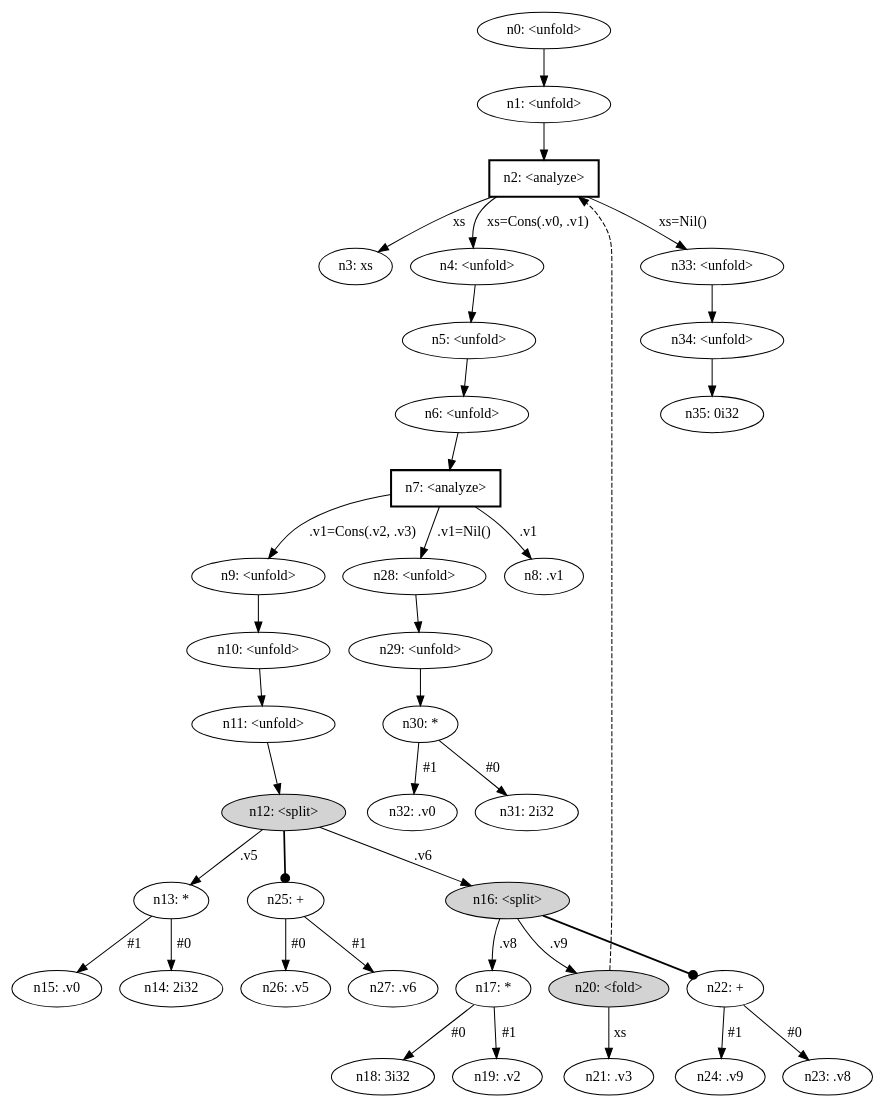
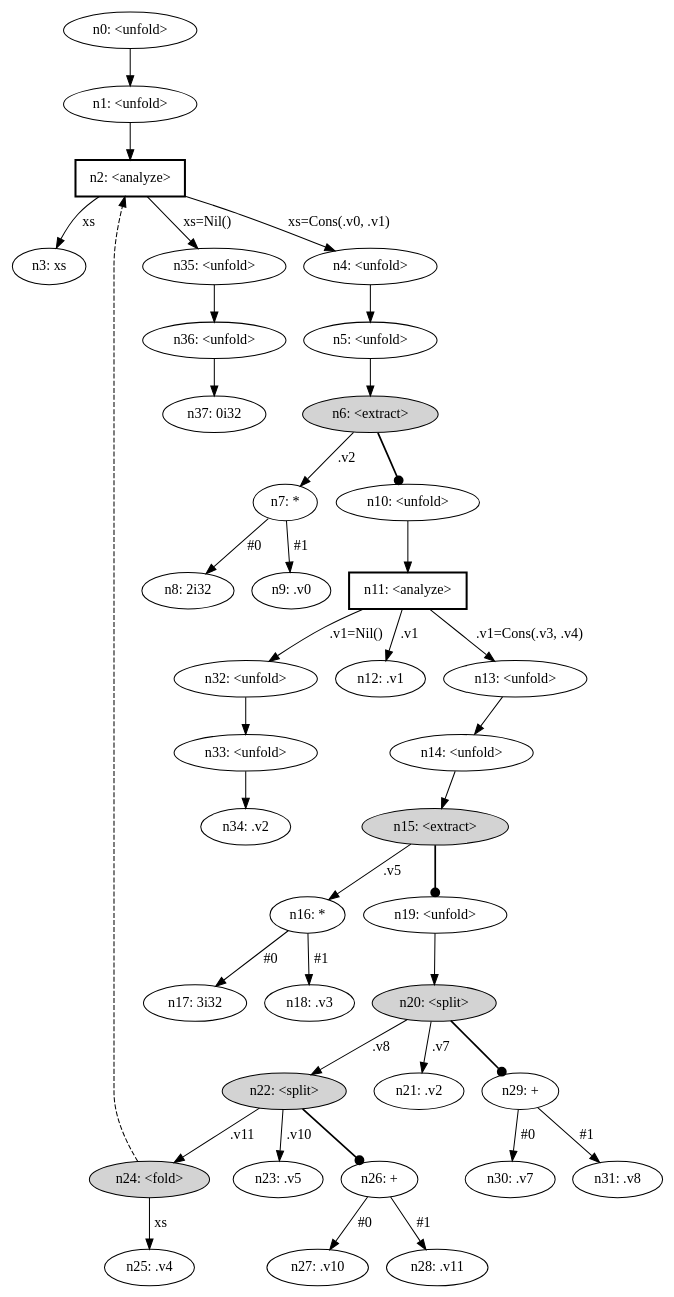
Before and after one commit to mazeppa-dev/mazeppa: the diagram in examples/mutual-recursion/target/graph.dot, drawn with Graphviz. The commit also changed 34 other files, not shown here.

```diff
--- a/examples/mutual-recursion/target/graph.dot
+++ b/examples/mutual-recursion/target/graph.dot
@@ -1,76 +1,80 @@
 digraph {
     node [fontname="bold helvetica"];
     edge [fontname="bold helvetica"];
     n0 [label="n0: <unfold>"];
     n1 [label="n1: <unfold>"];
     n0 -> n1;
     n2 [label="n2: <analyze>"] [shape=box style=bold];
     n1 -> n2;
     n3 [label="n3: xs"];
     n2 -> n3 [label=" xs "];
     n4 [label="n4: <unfold>"];
     n2 -> n4 [label=" xs=Cons(.v0, .v1) "];
     n5 [label="n5: <unfold>"];
     n4 -> n5;
-    n6 [label="n6: <unfold>"];
+    n6 [label="n6: <extract>"] [style=filled];
     n5 -> n6;
-    n7 [label="n7: <analyze>"] [shape=box style=bold];
-    n6 -> n7;
-    n8 [label="n8: .v1"];
-    n7 -> n8 [label=" .v1 "];
-    n9 [label="n9: <unfold>"];
-    n7 -> n9 [label=" .v1=Cons(.v2, .v3) "];
+    n7 [label="n7: *"];
+    n6 -> n7 [label=" .v2 "];
+    n8 [label="n8: 2i32"];
+    n7 -> n8 [label=" #0 "];
+    n9 [label="n9: .v0"];
+    n7 -> n9 [label=" #1 "];
     n10 [label="n10: <unfold>"];
-    n9 -> n10;
-    n11 [label="n11: <unfold>"];
+    n6 -> n10 [penwidth=1.7 arrowhead=dot];
+    n11 [label="n11: <analyze>"] [shape=box style=bold];
     n10 -> n11;
-    n12 [label="n12: <split>"] [style=filled];
-    n11 -> n12;
-    n13 [label="n13: *"];
-    n12 -> n13 [label=" .v5 "];
-    n14 [label="n14: 2i32"];
-    n13 -> n14 [label=" #0 "];
-    n15 [label="n15: .v0"];
-    n13 -> n15 [label=" #1 "];
-    n16 [label="n16: <split>"] [style=filled];
-    n12 -> n16 [label=" .v6 "];
-    n17 [label="n17: *"];
-    n16 -> n17 [label=" .v8 "];
-    n18 [label="n18: 3i32"];
-    n17 -> n18 [label=" #0 "];
-    n19 [label="n19: .v2"];
-    n17 -> n19 [label=" #1 "];
-    n20 [label="n20: <fold>"] [style=filled];
-    n16 -> n20 [label=" .v9 "];
-    n20 -> n2 [style=dashed];
-    n21 [label="n21: .v3"];
-    n20 -> n21 [label=" xs "];
-    n22 [label="n22: +"];
-    n16 -> n22 [penwidth=1.7 arrowhead=dot];
-    n23 [label="n23: .v8"];
-    n22 -> n23 [label=" #0 "];
-    n24 [label="n24: .v9"];
-    n22 -> n24 [label=" #1 "];
-    n25 [label="n25: +"];
-    n12 -> n25 [penwidth=1.7 arrowhead=dot];
-    n26 [label="n26: .v5"];
-    n25 -> n26 [label=" #0 "];
-    n27 [label="n27: .v6"];
-    n25 -> n27 [label=" #1 "];
-    n28 [label="n28: <unfold>"];
-    n7 -> n28 [label=" .v1=Nil() "];
-    n29 [label="n29: <unfold>"];
-    n28 -> n29;
-    n30 [label="n30: *"];
-    n29 -> n30;
-    n31 [label="n31: 2i32"];
-    n30 -> n31 [label=" #0 "];
-    n32 [label="n32: .v0"];
-    n30 -> n32 [label=" #1 "];
+    n12 [label="n12: .v1"];
+    n11 -> n12 [label=" .v1 "];
+    n13 [label="n13: <unfold>"];
+    n11 -> n13 [label=" .v1=Cons(.v3, .v4) "];
+    n14 [label="n14: <unfold>"];
+    n13 -> n14;
+    n15 [label="n15: <extract>"] [style=filled];
+    n14 -> n15;
+    n16 [label="n16: *"];
+    n15 -> n16 [label=" .v5 "];
+    n17 [label="n17: 3i32"];
+    n16 -> n17 [label=" #0 "];
+    n18 [label="n18: .v3"];
+    n16 -> n18 [label=" #1 "];
+    n19 [label="n19: <unfold>"];
+    n15 -> n19 [penwidth=1.7 arrowhead=dot];
+    n20 [label="n20: <split>"] [style=filled];
+    n19 -> n20;
+    n21 [label="n21: .v2"];
+    n20 -> n21 [label=" .v7 "];
+    n22 [label="n22: <split>"] [style=filled];
+    n20 -> n22 [label=" .v8 "];
+    n23 [label="n23: .v5"];
+    n22 -> n23 [label=" .v10 "];
+    n24 [label="n24: <fold>"] [style=filled];
+    n22 -> n24 [label=" .v11 "];
+    n24 -> n2 [style=dashed];
+    n25 [label="n25: .v4"];
+    n24 -> n25 [label=" xs "];
+    n26 [label="n26: +"];
+    n22 -> n26 [penwidth=1.7 arrowhead=dot];
+    n27 [label="n27: .v10"];
+    n26 -> n27 [label=" #0 "];
+    n28 [label="n28: .v11"];
+    n26 -> n28 [label=" #1 "];
+    n29 [label="n29: +"];
+    n20 -> n29 [penwidth=1.7 arrowhead=dot];
+    n30 [label="n30: .v7"];
+    n29 -> n30 [label=" #0 "];
+    n31 [label="n31: .v8"];
+    n29 -> n31 [label=" #1 "];
+    n32 [label="n32: <unfold>"];
+    n11 -> n32 [label=" .v1=Nil() "];
     n33 [label="n33: <unfold>"];
-    n2 -> n33 [label=" xs=Nil() "];
-    n34 [label="n34: <unfold>"];
+    n32 -> n33;
+    n34 [label="n34: .v2"];
     n33 -> n34;
-    n35 [label="n35: 0i32"];
-    n34 -> n35;
+    n35 [label="n35: <unfold>"];
+    n2 -> n35 [label=" xs=Nil() "];
+    n36 [label="n36: <unfold>"];
+    n35 -> n36;
+    n37 [label="n37: 0i32"];
+    n36 -> n37;
 }
```
